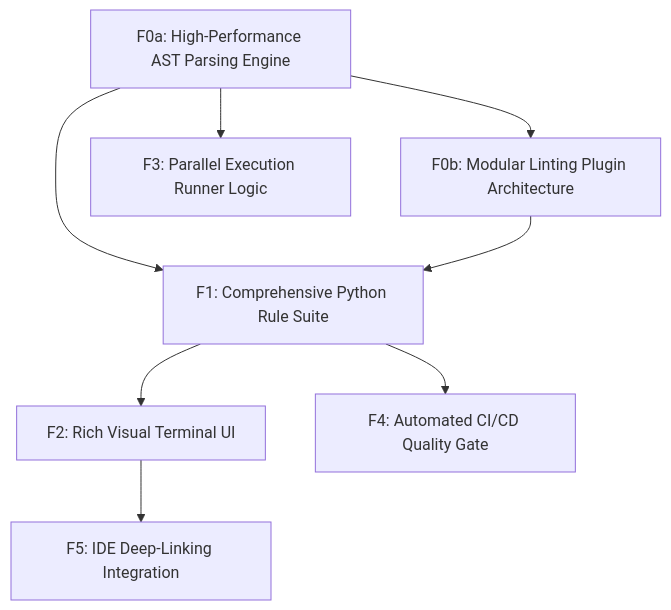
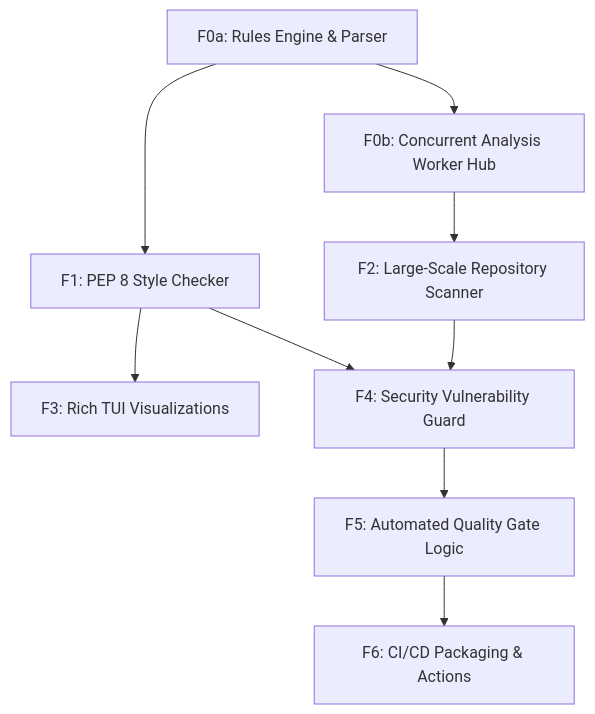
One commit to davidlapsleyio/shipkode-python-linting-cli-utility changed the diagram in specs/feature-map-bd65d7eb.md. Above: the diagram before and after it, drawn with Mermaid. The commit also changed other lines of this file and 7 other files, not shown here.

````diff
--- a/specs/feature-map-bd65d7eb.md
+++ b/specs/feature-map-bd65d7eb.md
@@ -49,17 +50,19 @@
 ```mermaid
 graph TD
-  F0a["F0a: High-Performance AST Parsing Engine"]
-  F0b["F0b: Modular Linting Plugin Architecture"]
+  F0a["F0a: Rules Engine & Parser"]
+  F0b["F0b: Concurrent Analysis Worker Hub"]
   F0a --> F0b
-  F1["F1: Comprehensive Python Rule Suite"]
+  F1["F1: PEP 8 Style Checker"]
   F0a --> F1
-  F0b --> F1
-  F2["F2: Rich Visual Terminal UI"]
-  F1 --> F2
-  F3["F3: Parallel Execution Runner Logic"]
-  F0a --> F3
-  F4["F4: Automated CI/CD Quality Gate"]
+  F2["F2: Large-Scale Repository Scanner"]
+  F0b --> F2
+  F3["F3: Rich TUI Visualizations"]
+  F1 --> F3
+  F4["F4: Security Vulnerability Guard"]
   F1 --> F4
-  F5["F5: IDE Deep-Linking Integration"]
-  F2 --> F5
+  F2 --> F4
+  F5["F5: Automated Quality Gate Logic"]
+  F4 --> F5
+  F6["F6: CI/CD Packaging & Actions"]
+  F5 --> F6
 ```
````
